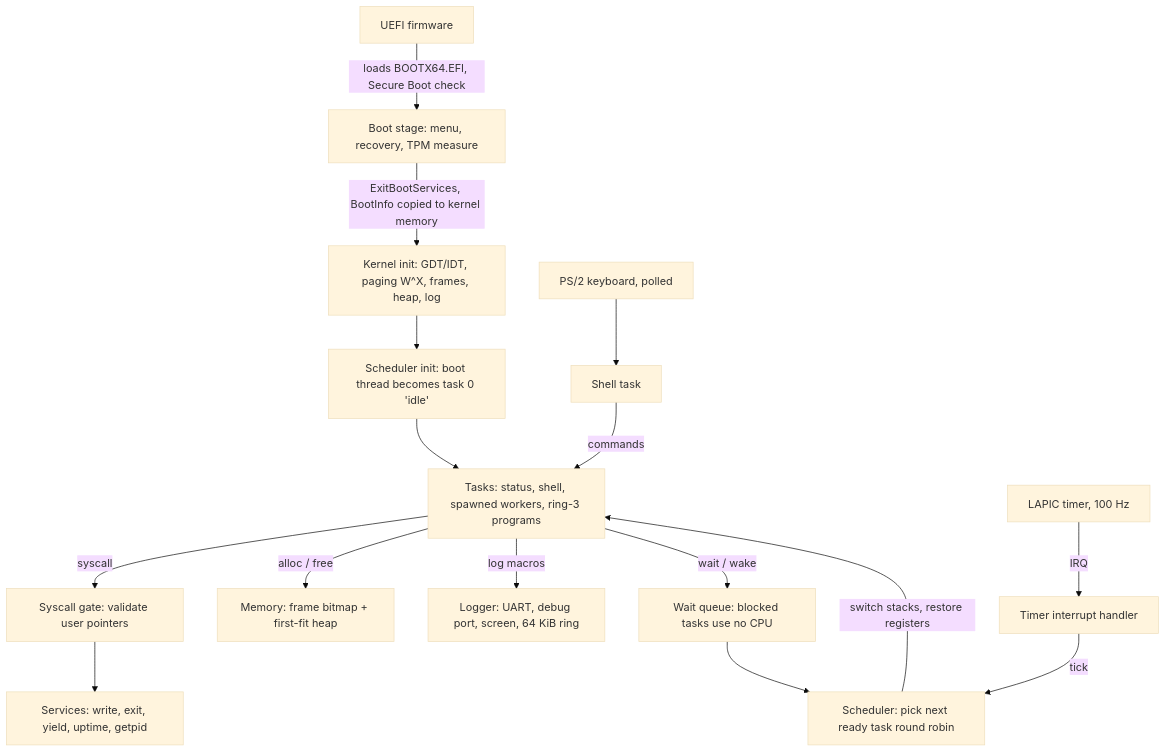
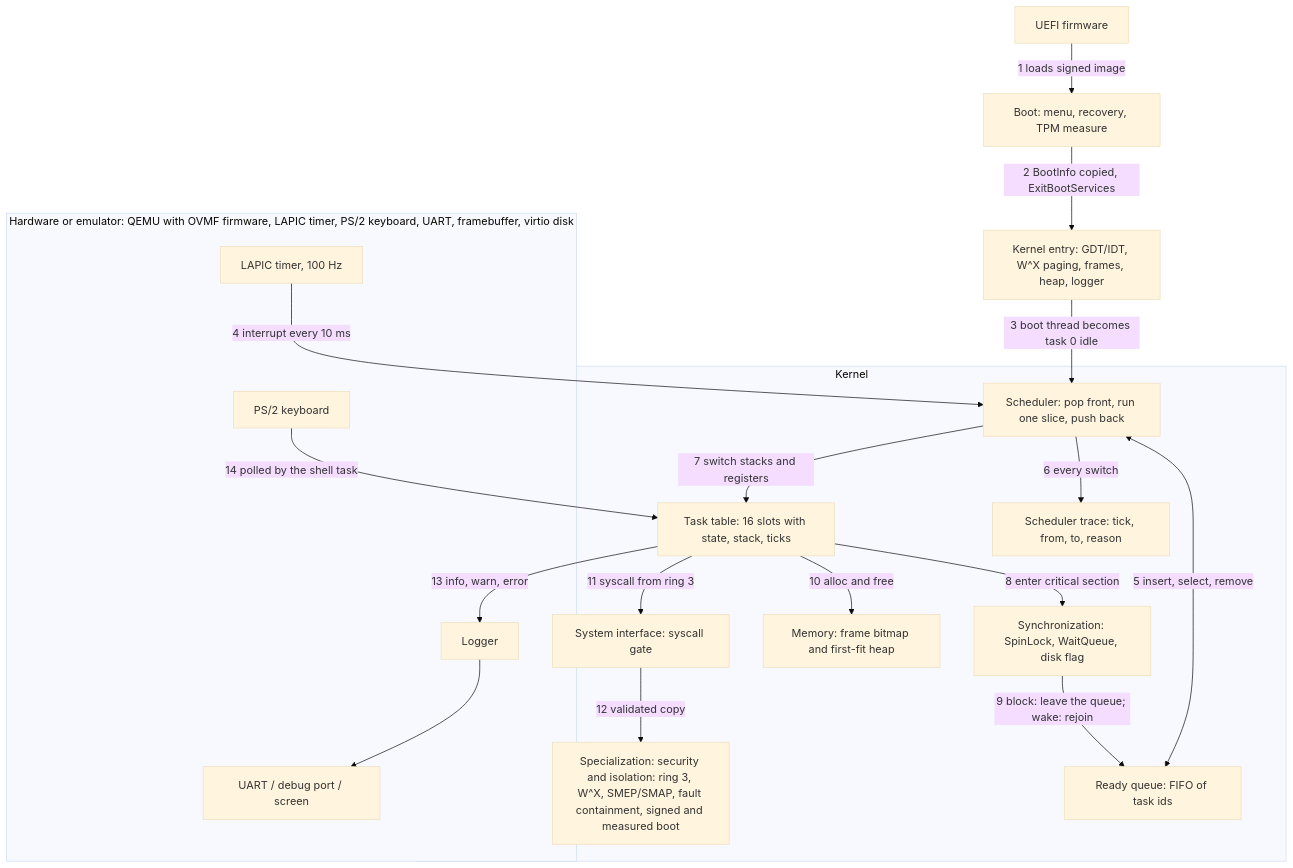
One commit to PlayerSS08/aeon-os changed the diagram in docs/ca6/architecture.md. Above: the diagram before and after it, drawn with Mermaid (base theme). The commit also changed other lines of this file and 38 other files, not shown here.

````diff
--- a/docs/ca6/architecture.md
+++ b/docs/ca6/architecture.md
@@ -18,18 +22,34 @@
 ```mermaid
 flowchart TD
-    FW[UEFI firmware] -->|loads BOOTX64.EFI, Secure Boot check| BOOT[Boot stage: menu, recovery, TPM measure]
-    BOOT -->|ExitBootServices, BootInfo copied to kernel memory| KINIT[Kernel init: GDT/IDT, paging W^X, frames, heap, log]
-    KINIT --> SCHEDINIT[Scheduler init: boot thread becomes task 0 'idle']
-    SCHEDINIT --> TASKS[Tasks: status, shell, spawned workers, ring-3 programs]
-    TIMER[LAPIC timer, 100 Hz] -->|IRQ| ISR[Timer interrupt handler]
-    ISR -->|tick| SCHED[Scheduler: pick next ready task round robin]
-    SCHED -->|switch stacks, restore registers| TASKS
-    TASKS -->|syscall| GATE[Syscall gate: validate user pointers]
-    GATE --> SVC[Services: write, exit, yield, uptime, getpid]
-    TASKS -->|alloc / free| MM[Memory: frame bitmap + first-fit heap]
-    TASKS -->|log macros| LOG[Logger: UART, debug port, screen, 64 KiB ring]
-    TASKS -->|wait / wake| WQ[Wait queue: blocked tasks use no CPU]
-    WQ --> SCHED
-    SHELL[Shell task] -->|commands| TASKS
-    KB[PS/2 keyboard, polled] --> SHELL
+    subgraph HW[Hardware or emulator: QEMU with OVMF firmware, LAPIC timer, PS/2 keyboard, UART, framebuffer, virtio disk]
+        TIMER[LAPIC timer, 100 Hz]
+        KB[PS/2 keyboard]
+        UART[UART / debug port / screen]
+    end
+    FW[UEFI firmware] -->|1 loads signed image| BOOT[Boot: menu, recovery, TPM measure]
+    BOOT -->|2 BootInfo copied, ExitBootServices| KENTRY[Kernel entry: GDT/IDT, W^X paging, frames, heap, logger]
+    KENTRY -->|3 boot thread becomes task 0 idle| SCHED
+    subgraph KERNEL[Kernel]
+        TASKS[Task table: 16 slots with state, stack, ticks]
+        RQ[Ready queue: FIFO of task ids]
+        SCHED[Scheduler: pop front, run one slice, push back]
+        TRACE[Scheduler trace: tick, from, to, reason]
+        SYNC[Synchronization: SpinLock, WaitQueue, disk flag]
+        MEM[Memory: frame bitmap and first-fit heap]
+        SYSIF[System interface: syscall gate]
+        LOG[Logger]
+        SPEC[Specialization: security and isolation: ring 3, W^X, SMEP/SMAP, fault containment, signed and measured boot]
+    end
+    TIMER -->|4 interrupt every 10 ms| SCHED
+    SCHED <-->|5 insert, select, remove| RQ
+    SCHED -->|6 every switch| TRACE
+    SCHED -->|7 switch stacks and registers| TASKS
+    TASKS -->|8 enter critical section| SYNC
+    SYNC -->|9 block: leave the queue; wake: rejoin| RQ
+    TASKS -->|10 alloc and free| MEM
+    TASKS -->|11 syscall from ring 3| SYSIF
+    SYSIF -->|12 validated copy| SPEC
+    TASKS -->|13 info, warn, error| LOG
+    LOG --> UART
+    KB -->|14 polled by the shell task| TASKS
 ```
````
